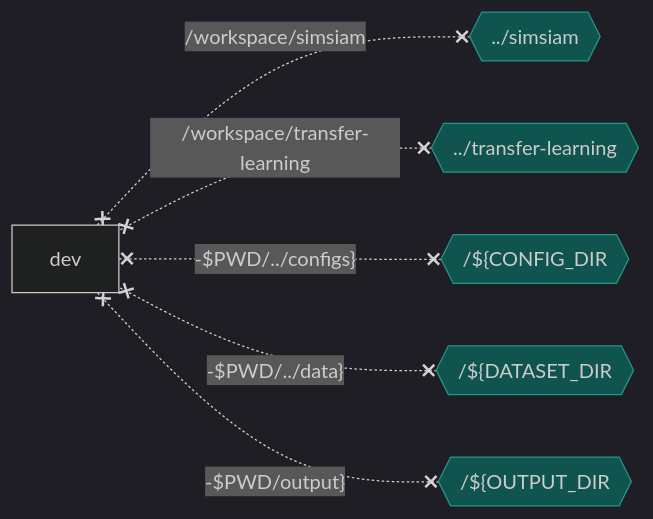
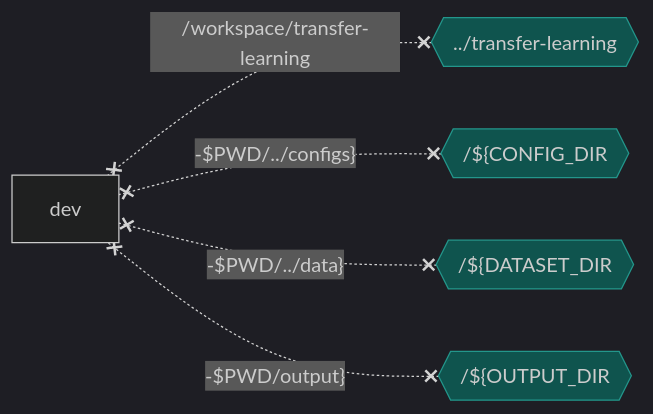
One commit to intel/visual-quality-inspection changed the second of 2 diagrams in README.md. Above: the diagram before and after it, drawn with Mermaid. The commit also changed other lines of this file, not shown here.

Commit message:
remove simsiam mount from mermaid

````diff
--- a/README.md
+++ b/README.md
@@ -119,12 +117,11 @@
 ```mermaid
 %%{init: {'theme': 'dark'}}%%
 flowchart RL
-  Vsimsiam{{../simsiam}} x-. /workspace/simsiam .-x dev
   Vtransferlearning{{../transfer-learning}} x-. /workspace/transfer-learning .-x dev
   VCONFIGDIR{{"/${CONFIG_DIR"}} x-. "-$PWD/../configs}" .-x dev
   VDATASETDIR{{"/${DATASET_DIR"}} x-. "-$PWD/../data}" .-x dev
   VOUTPUTDIR{{"/${OUTPUT_DIR"}} x-. "-$PWD/output}" .-x dev
 
   classDef volumes fill:#0f544e,stroke:#23968b
-  class Vsimsiam,Vtransferlearning,VCONFIGDIR,VDATASETDIR,VOUTPUTDIR volumes
+  class Vtransferlearning,VCONFIGDIR,VDATASETDIR,VOUTPUTDIR volumes
 ```
````
